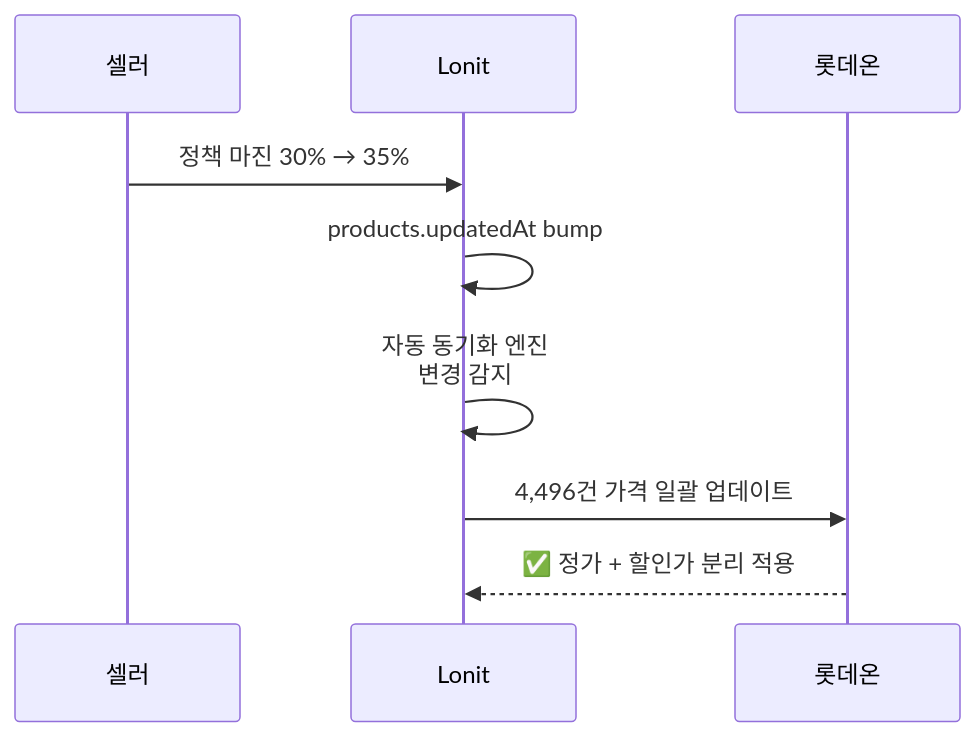
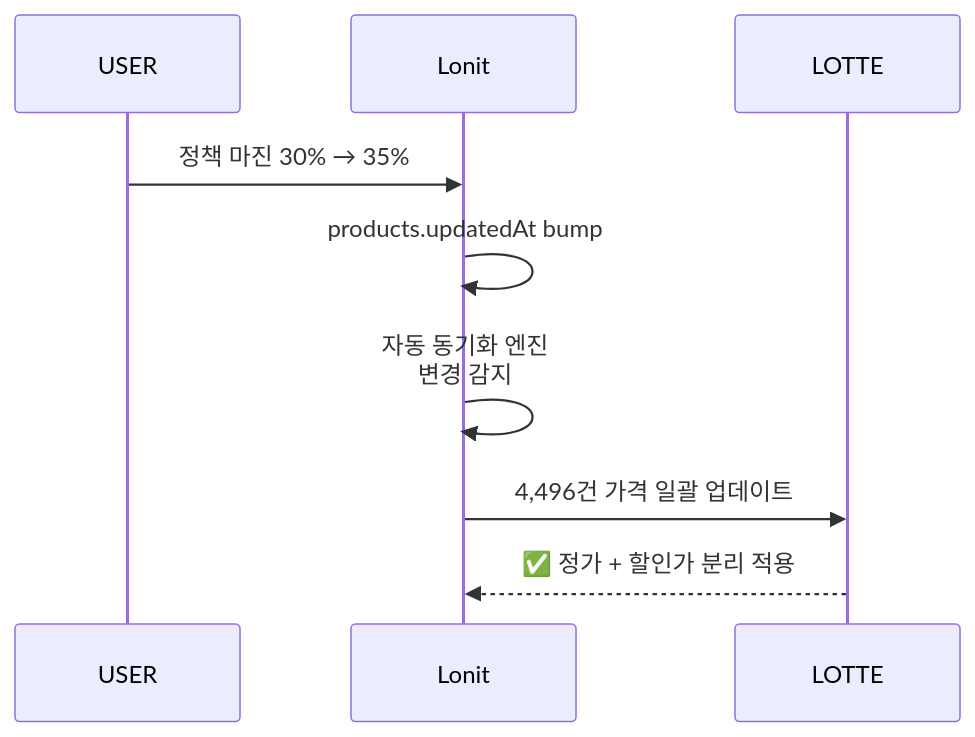
The eighth of 8 diagrams in docs/04-market-strategy/lotteon.md (cksdud5785-design/lonit-manual), drawn with Mermaid before and after one commit. The commit also changed other lines of this file and 17 other files, not shown here.

First line of the commit message:
fix: mermaid 한국어 ID → ASCII + 더망고 → T사 일괄 변경

````diff
--- a/docs/04-market-strategy/lotteon.md
+++ b/docs/04-market-strategy/lotteon.md
@@ -204,8 +204,8 @@
 ```mermaid
 sequenceDiagram
-    셀러->>Lonit: 정책 마진 30% → 35%
+    USER->>Lonit: 정책 마진 30% → 35%
     Lonit->>Lonit: products.updatedAt bump
     Lonit->>Lonit: 자동 동기화 엔진<br>변경 감지
-    Lonit->>롯데온: 4,496건 가격 일괄 업데이트
-    롯데온-->>Lonit: ✅ 정가 + 할인가 분리 적용
+    Lonit->>LOTTE: 4,496건 가격 일괄 업데이트
+    LOTTE-->>Lonit: ✅ 정가 + 할인가 분리 적용
 ```
````
